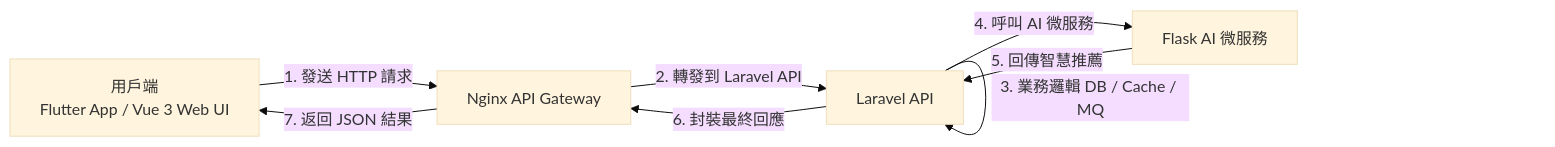
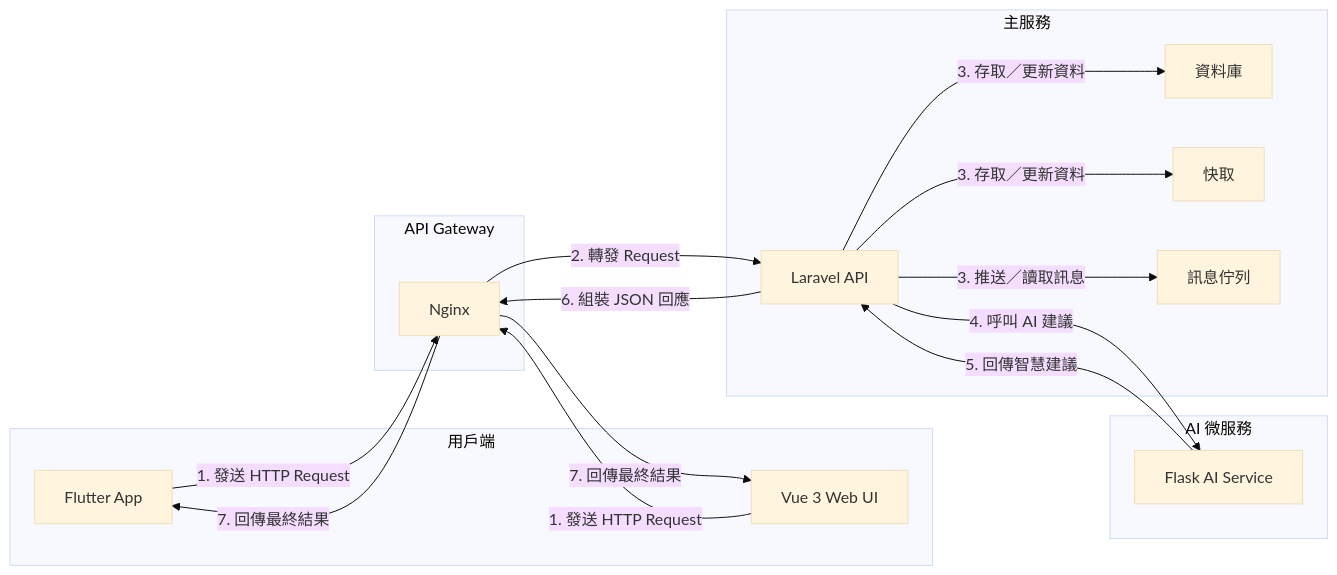
One commit to BpsEason/petcarehub changed the diagram in README.md. Above: the diagram before and after it, drawn with Mermaid (base theme).

````diff
--- a/README.md
+++ b/README.md
@@ -44,15 +44,36 @@
 ```mermaid
 flowchart LR
-  C[用戶端<br/>Flutter App / Vue 3 Web UI]
-  NG[Nginx API Gateway]
-  LAPI[Laravel API]
-  AI[Flask AI 微服務]
+  %% Subgraph ID 使用 ASCII，方括號中顯示中文名稱
+  subgraph clients [用戶端]
+    A1["Flutter App"]
+    A2["Vue 3 Web UI"]
+  end
 
-  C -->|1. 發送 HTTP 請求| NG
-  NG -->|2. 轉發到 Laravel API| LAPI
-  LAPI -->|3. 業務邏輯 DB / Cache / MQ | LAPI
-  LAPI -->|4. 呼叫 AI 微服務| AI
-  AI -->|5. 回傳智慧推薦| LAPI
-  LAPI -->|6. 封裝最終回應| NG
-  NG -->|7. 返回 JSON 結果| C
+  subgraph gateway [API Gateway]
+    B["Nginx"]
+  end
+
+  subgraph main [主服務]
+    C["Laravel API"]
+    D["資料庫"]
+    E["快取"]
+    F["訊息佇列"]
+  end
+
+  subgraph ai [AI 微服務]
+    G["Flask AI Service"]
+  end
+
+  A1 -->|1. 發送 HTTP Request| B
+  A2 -->|1. 發送 HTTP Request| B
+  B  -->|2. 轉發 Request| C
+  C  -->|3. 存取／更新資料| D
+  C  -->|3. 存取／更新資料| E
+  C  -->|3. 推送／讀取訊息| F
+  C  -->|4. 呼叫 AI 建議| G
+  G  -->|5. 回傳智慧建議| C
+  C  -->|6. 組裝 JSON 回應| B
+  B  -->|7. 回傳最終結果| A1
+  B  -->|7. 回傳最終結果| A2
+
 ```
````
